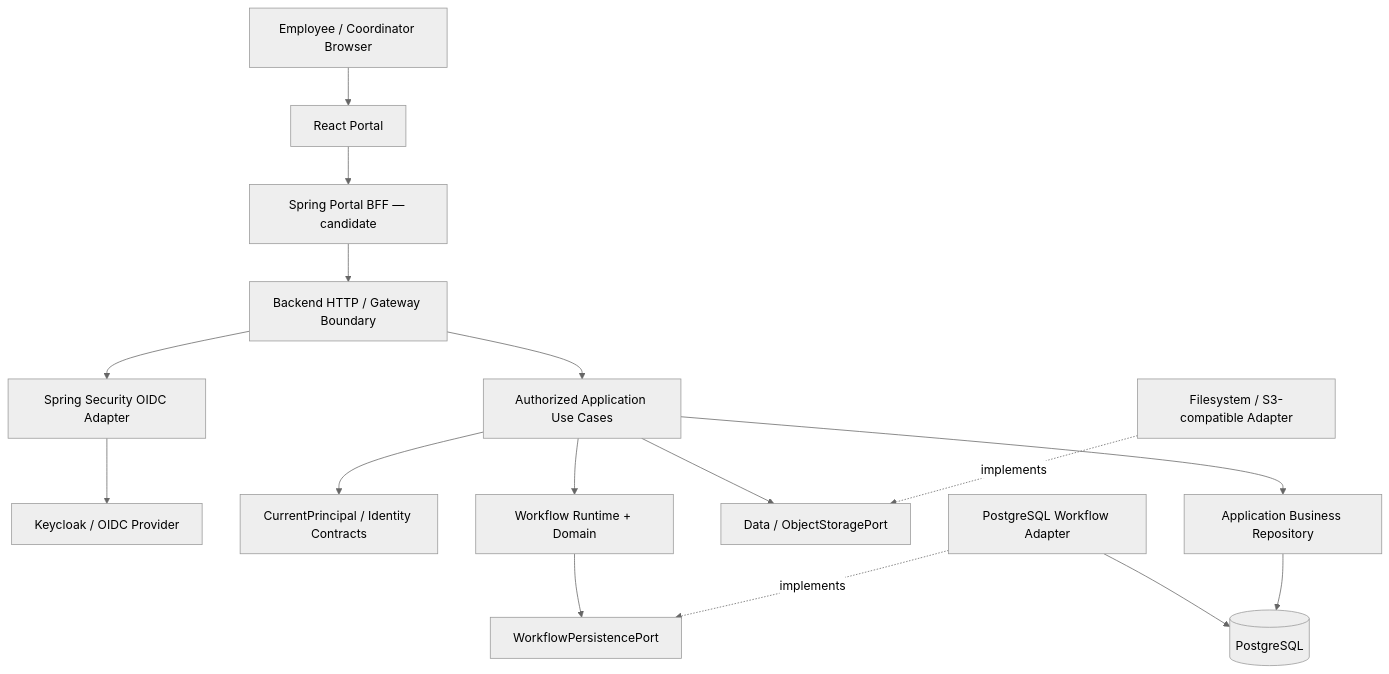
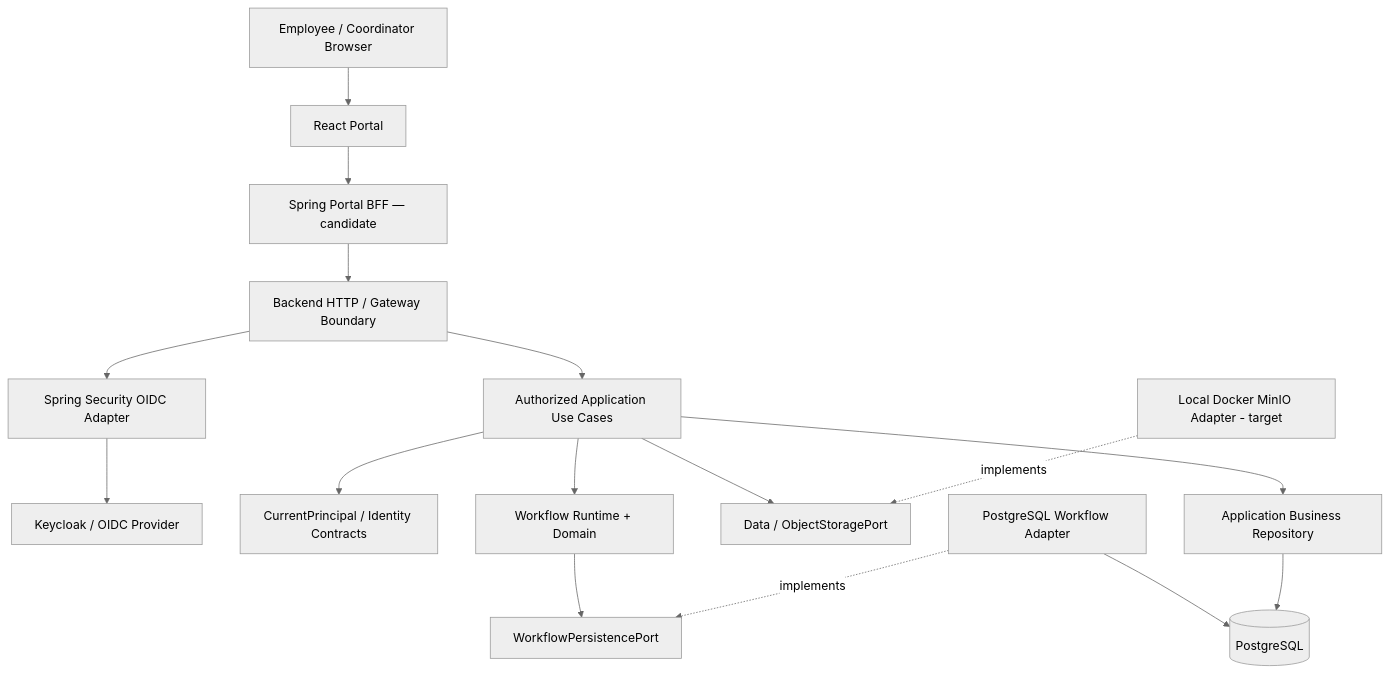
One commit to lexuanbao258-collab/dxos-open-core changed the first of 3 diagrams in docs/01-architecture/system-architecture.md. Above: the diagram before and after it, drawn with Mermaid (neutral theme). The commit also changed other lines of this file and 108 other files, not shown here.

Commit message:
docs(architecture): align storage decision with MinIO MVP

````diff
--- a/docs/01-architecture/system-architecture.md
+++ b/docs/01-architecture/system-architecture.md
@@ -173,18 +173,18 @@
 ```mermaid
 flowchart TD
   Browser[Employee / Coordinator Browser] --> Portal[React Portal]
   Portal --> BFF[Spring Portal BFF — candidate]
   BFF --> Entry[Backend HTTP / Gateway Boundary]
   Entry --> AuthN[Spring Security OIDC Adapter]
   AuthN --> IdP[Keycloak / OIDC Provider]
   Entry --> UC[Authorized Application Use Cases]
   UC --> IdPort[CurrentPrincipal / Identity Contracts]
   UC --> WF[Workflow Runtime + Domain]
   UC --> Storage[Data / ObjectStoragePort]
   UC --> BizRepo[Application Business Repository]
   WF --> WPort[WorkflowPersistencePort]
   PgWF[PostgreSQL Workflow Adapter] -. implements .-> WPort
   PgWF --> Postgres[(PostgreSQL)]
   BizRepo --> Postgres
-  FS[Filesystem / S3-compatible Adapter] -. implements .-> Storage
+  MinIO[Local Docker MinIO Adapter - target] -. implements .-> Storage
 ```
````
